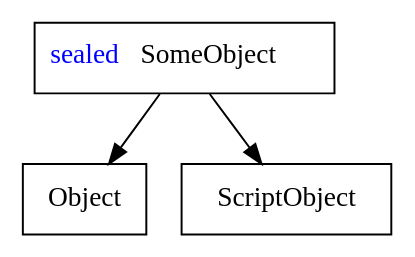
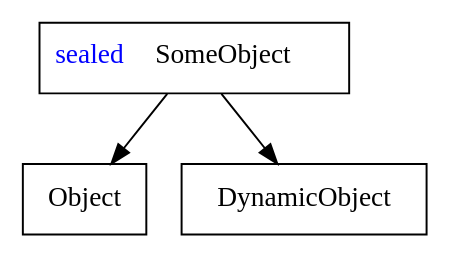
One commit to kp2pml30/bachelor-thesis changed the diagram in res/dot/statically-typed-tree.dot. Above: the diagram before and after it, drawn with Graphviz. The commit also changed 4 other files, not shown here.

```diff
--- a/res/dot/statically-typed-tree.dot
+++ b/res/dot/statically-typed-tree.dot
@@ -1,6 +1,6 @@
 digraph G {
 	node [shape=rect];
-	SomeObject [label=<<font color="blue">sealed</font> SomeObject>];
+	SomeObject [label=<<font color="blue">sealed&nbsp;</font> SomeObject>];
 	SomeObject -> Object;
-	SomeObject -> ScriptObject;
+	SomeObject -> DynamicObject;
 }
```
